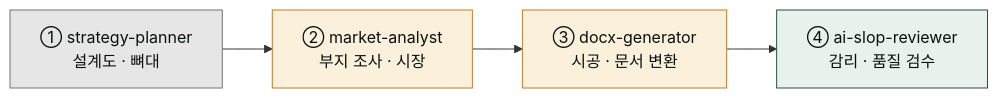
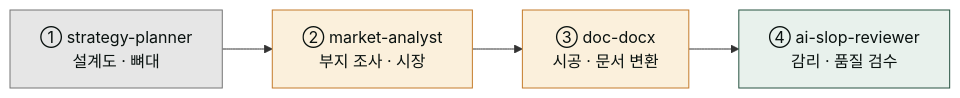
The second of 3 diagrams in www/content/cookbook/business-plan.md (modu-ai/cowork-plugins), drawn with Mermaid before and after one commit. The commit also changed other lines of this file and 45 other files, not shown here.

First line of the commit message:
docs(www): 스킬명 정합 + 깨진 링크 수정 + mermaid 보강

````diff
--- a/www/content/cookbook/business-plan.md
+++ b/www/content/cookbook/business-plan.md
@@ -43,14 +43,14 @@
 ```mermaid
 flowchart LR
    A["① strategy-planner<br/>설계도 · 뼈대"]
    B["② market-analyst<br/>부지 조사 · 시장"]
-   C["③ docx-generator<br/>시공 · 문서 변환"]
+   C["③ doc-docx<br/>시공 · 문서 변환"]
    D["④ ai-slop-reviewer<br/>감리 · 품질 검수"]
 
    A --> B --> C --> D
 
    style A fill:#e6e6e6,stroke:#757575,color:#09110f
    style B fill:#fbf0dc,stroke:#c47b2a,color:#09110f
    style C fill:#fbf0dc,stroke:#c47b2a,color:#09110f
    style D fill:#e8f1ec,stroke:#265240,color:#09110f
 ```
````
